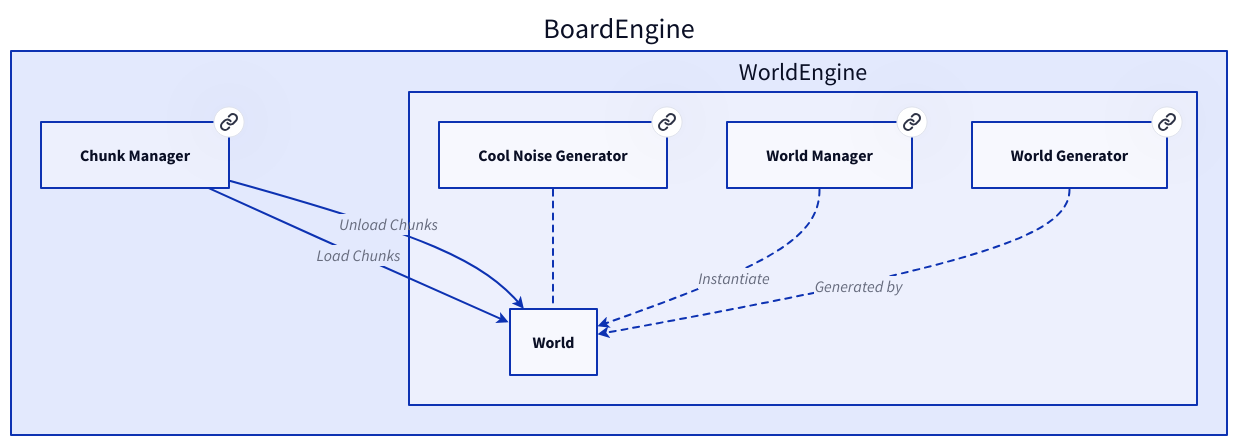
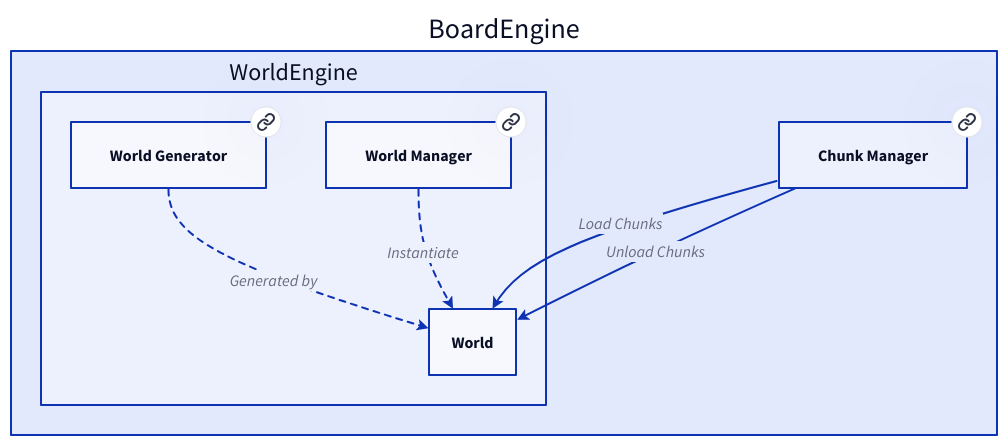
One commit to Portevent/Brume-Documentation changed the diagram in doc/BoardEngine/WorldEngine/World.md. Above: the diagram before and after it, drawn with D2. The commit also changed other lines of this file and 128 other files, not shown here.

````diff
--- a/doc/BoardEngine/WorldEngine/World.md
+++ b/doc/BoardEngine/WorldEngine/World.md
@@ -11,39 +11,35 @@
 ```d2
 # Nodes :
 BoardEngine: {
-    ChunkManager: Chunk Manager {
-       link: ChunkManager
-    }
     WorldEngine: {
-        CoolNoiseGenerator: Cool Noise Generator {
-           link: CoolNoiseGenerator
-        }
         WorldManager: World Manager {
            link: WorldManager
         }
         WorldGenerator: World Generator {
            link: WorldGenerator
         }
     }
+    ChunkManager: Chunk Manager {
+       link: ChunkManager
+    }
 }
 
 # Links :
-BoardEngine.WorldEngine.CoolNoiseGenerator -- BoardEngine.WorldEngine.World: {style.stroke-dash: 3}
+BoardEngine.WorldEngine.WorldGenerator -> BoardEngine.WorldEngine.World: Generated by {style.stroke-dash: 3
+source-arrowhead: {}
+target-arrowhead: {shape: arrow}
+}
+BoardEngine.WorldEngine.WorldManager -> BoardEngine.WorldEngine.World: Instantiate {style.stroke-dash: 3
+source-arrowhead: {}
+target-arrowhead: {shape: arrow}
+}
 BoardEngine.ChunkManager -> BoardEngine.WorldEngine.World: Load Chunks {
 source-arrowhead: {}
 target-arrowhead: {shape: arrow}
 }
 BoardEngine.ChunkManager -> BoardEngine.WorldEngine.World: Unload Chunks {
 source-arrowhead: {}
 target-arrowhead: {shape: arrow}
 }
-BoardEngine.WorldEngine.WorldGenerator -> BoardEngine.WorldEngine.World: Generated by {style.stroke-dash: 3
-source-arrowhead: {}
-target-arrowhead: {shape: arrow}
-}
-BoardEngine.WorldEngine.WorldManager -> BoardEngine.WorldEngine.World: Instantiate {style.stroke-dash: 3
-source-arrowhead: {}
-target-arrowhead: {shape: arrow}
-}
 
 ```
````
